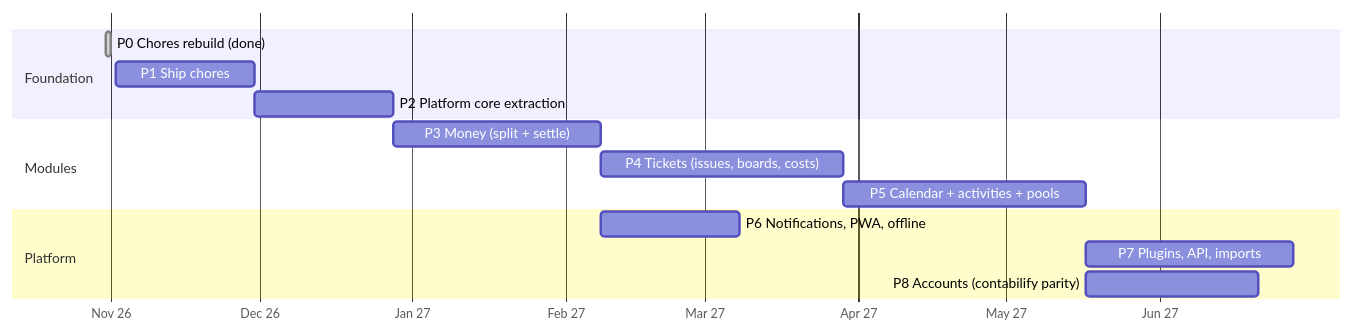
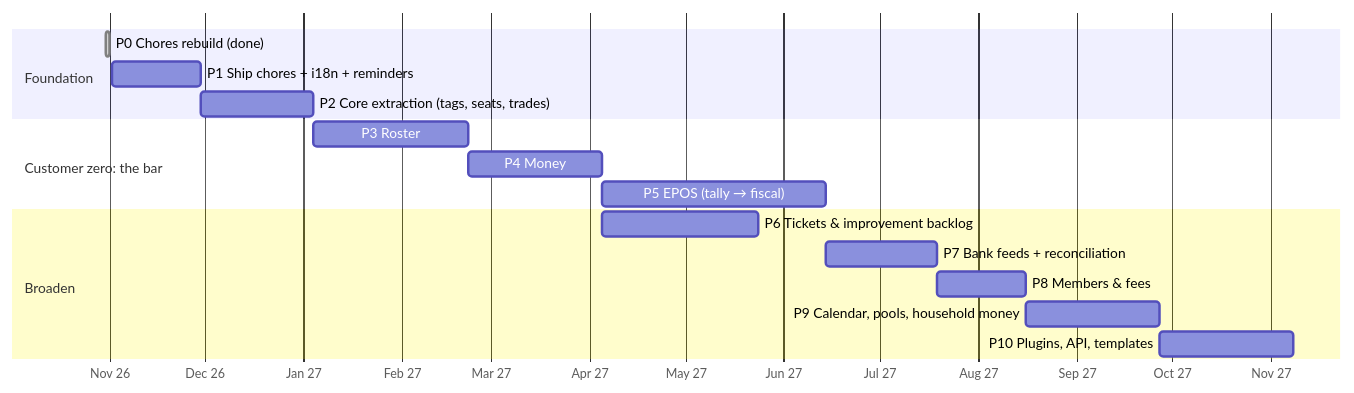
Before and after one commit to Peleton-011/chore-tracker: the diagram in docs/05-roadmap.md, drawn with Mermaid. The commit also changed other lines of this file and 11 other files, not shown here.

First line of the commit message:
Plan for organisations: rostering rules, universal trades, EPOS, bank feeds

````diff
--- a/docs/05-roadmap.md
+++ b/docs/05-roadmap.md
@@ -7,17 +8,19 @@
 ```mermaid
 gantt
   dateFormat YYYY-MM-DD
   axisFormat %b %y
   section Foundation
-  P0 Chores rebuild (done)           :done, p0, 2026-10-31, 1d
-  P1 Ship chores                      :p1, 2026-11-02, 4w
-  P2 Platform core extraction         :p2, after p1, 4w
-  section Modules
-  P3 Money (split + settle)           :p3, after p2, 6w
-  P4 Tickets (issues, boards, costs)  :p4, after p3, 7w
-  P5 Calendar + activities + pools    :p5, after p4, 7w
-  section Platform
-  P6 Notifications, PWA, offline      :p6, after p3, 4w
-  P7 Plugins, API, imports            :p7, after p5, 6w
-  P8 Accounts (contabilify parity)    :p8, after p5, 5w
+  P0 Chores rebuild (done)                 :done, p0, 2026-10-31, 1d
+  P1 Ship chores + i18n + reminders        :p1, 2026-11-02, 4w
+  P2 Core extraction (tags, seats, trades) :p2, after p1, 5w
+  section Customer zero: the bar
+  P3 Roster                                :p3, after p2, 7w
+  P4 Money: accounts (contabilify in)      :p4, after p3, 6w
+  P5 EPOS (tally → fiscal)                 :p5, after p4, 10w
+  section Broaden
+  P6 Tickets & improvement backlog         :p6, after p4, 7w
+  P7 Bank feeds + reconciliation           :p7, after p5, 5w
+  P8 Members & fees                        :p8, after p7, 4w
+  P9 Calendar, pools, household money      :p9, after p8, 6w
+  P10 Plugins, API, templates              :p10, after p9, 6w
 ```
````
